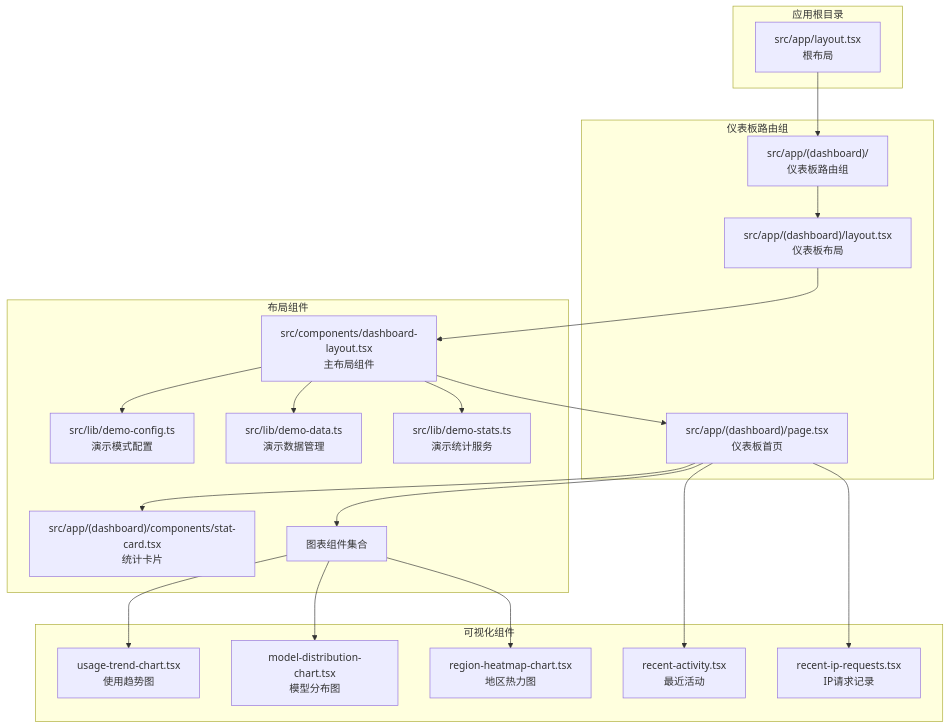
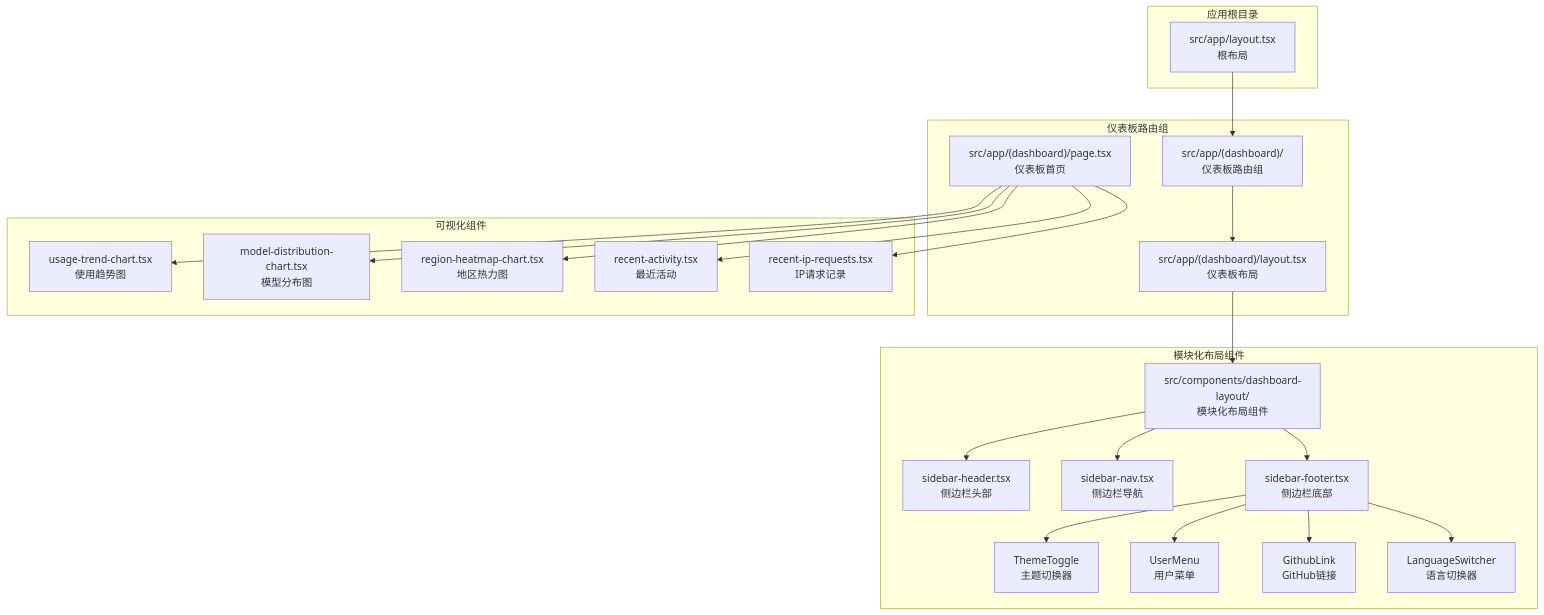
The first of 15 diagrams in .qoder/repowiki/zh/content/前端组件/仪表板布局.md (RadiumAg/AIGate), drawn with Mermaid before and after one commit. The commit also changed other lines of this file and 10 other files, not shown here.

````diff
--- a/.qoder/repowiki/zh/content/前端组件/仪表板布局.md
+++ b/.qoder/repowiki/zh/content/前端组件/仪表板布局.md
@@ -72,40 +77,43 @@
 ```mermaid
 graph TB
 subgraph "应用根目录"
 RootLayout["src/app/layout.tsx<br/>根布局"]
 end
 subgraph "仪表板路由组"
 DashboardGroup["src/app/(dashboard)/<br/>仪表板路由组"]
 DashboardLayoutComp["src/app/(dashboard)/layout.tsx<br/>仪表板布局"]
 DashboardPage["src/app/(dashboard)/page.tsx<br/>仪表板首页"]
 end
-subgraph "布局组件"
-MainLayout["src/components/dashboard-layout.tsx<br/>主布局组件"]
-StatCard["src/app/(dashboard)/components/stat-card.tsx<br/>统计卡片"]
-Charts["图表组件集合"]
-DemoConfig["src/lib/demo-config.ts<br/>演示模式配置"]
-DemoData["src/lib/demo-data.ts<br/>演示数据管理"]
-DemoStats["src/lib/demo-stats.ts<br/>演示统计服务"]
+subgraph "模块化布局组件"
+MainLayout["src/components/dashboard-layout/<br/>模块化布局组件"]
+SidebarHeader["sidebar-header.tsx<br/>侧边栏头部"]
+SidebarNav["sidebar-nav.tsx<br/>侧边栏导航"]
+SidebarFooter["sidebar-footer.tsx<br/>侧边栏底部"]
+ThemeToggle["ThemeToggle<br/>主题切换器"]
+UserMenu["UserMenu<br/>用户菜单"]
+GithubLink["GithubLink<br/>GitHub链接"]
+LanguageSwitcher["LanguageSwitcher<br/>语言切换器"]
 end
 subgraph "可视化组件"
 UsageChart["usage-trend-chart.tsx<br/>使用趋势图"]
 ModelChart["model-distribution-chart.tsx<br/>模型分布图"]
 RegionChart["region-heatmap-chart.tsx<br/>地区热力图"]
 Activity["recent-activity.tsx<br/>最近活动"]
 IpRequests["recent-ip-requests.tsx<br/>IP请求记录"]
 end
 RootLayout --> DashboardGroup
 DashboardGroup --> DashboardLayoutComp
 DashboardLayoutComp --> MainLayout
-MainLayout --> DashboardPage
-DashboardPage --> StatCard
-DashboardPage --> Charts
-Charts --> UsageChart
-Charts --> ModelChart
-Charts --> RegionChart
+MainLayout --> SidebarHeader
+MainLayout --> SidebarNav
+MainLayout --> SidebarFooter
+SidebarFooter --> ThemeToggle
+SidebarFooter --> UserMenu
+SidebarFooter --> GithubLink
+SidebarFooter --> LanguageSwitcher
+DashboardPage --> UsageChart
+DashboardPage --> ModelChart
+DashboardPage --> RegionChart
 DashboardPage --> Activity
 DashboardPage --> IpRequests
-MainLayout --> DemoConfig
-MainLayout --> DemoData
-MainLayout --> DemoStats
 ```
````
